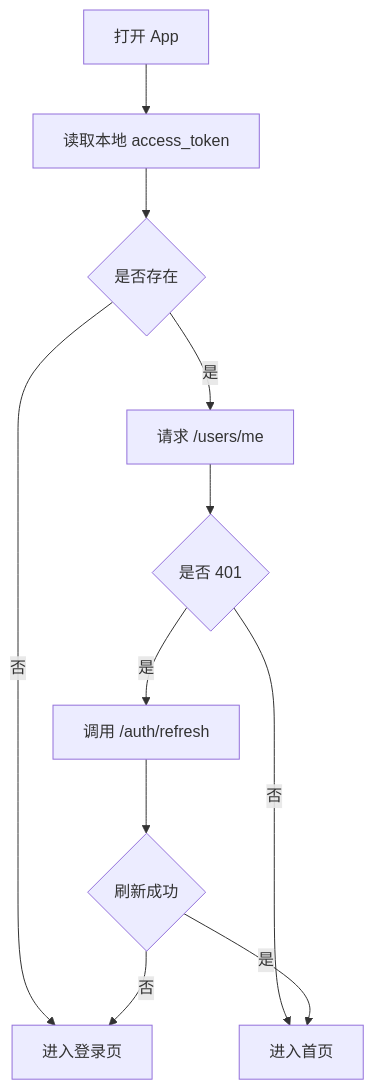
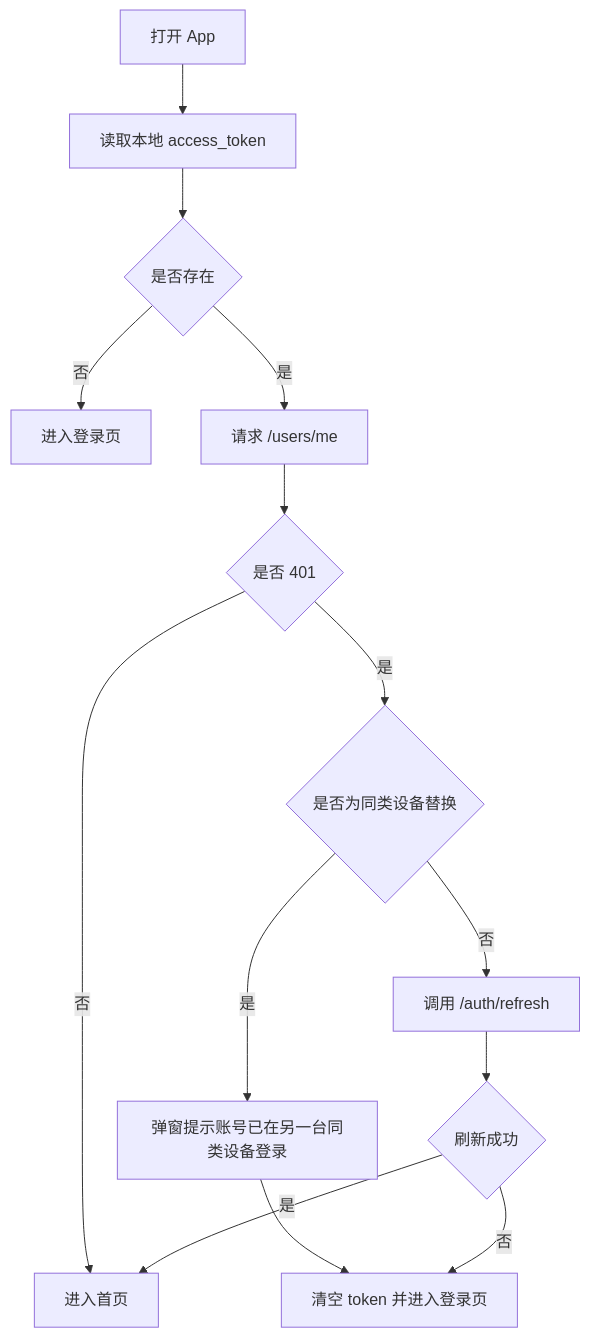
Before and after one commit to deleson/langgraph_commerce_stock_backend: the first of 7 diagrams in docs/前端对接指南.md, drawn with Mermaid. The commit also changed other lines of this file and 19 other files, not shown here.

````diff
--- a/docs/前端对接指南.md
+++ b/docs/前端对接指南.md
@@ -77,13 +105,16 @@
 ```mermaid
 flowchart TD
     A["打开 App"] --> B["读取本地 access_token"]
     B --> C{"是否存在"}
     C -->|否| D["进入登录页"]
     C -->|是| E["请求 /users/me"]
     E --> F{"是否 401"}
     F -->|否| G["进入首页"]
-    F -->|是| H["调用 /auth/refresh"]
-    H --> I{"刷新成功"}
-    I -->|是| G
-    I -->|否| D
+    F -->|是| H{"是否为同类设备替换"}
+    H -->|是| I["弹窗提示账号已在另一台同类设备登录"]
+    I --> J["清空 token 并进入登录页"]
+    H -->|否| K["调用 /auth/refresh"]
+    K --> L{"刷新成功"}
+    L -->|是| G
+    L -->|否| J
 ```
````
